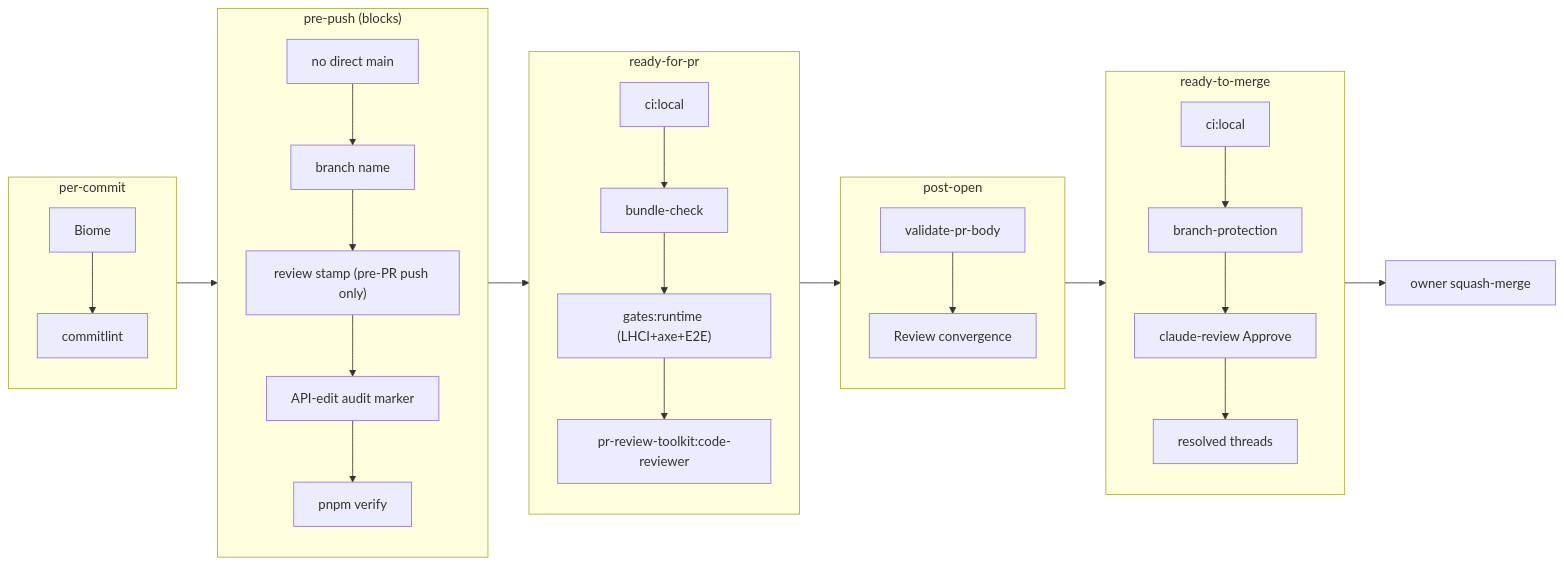
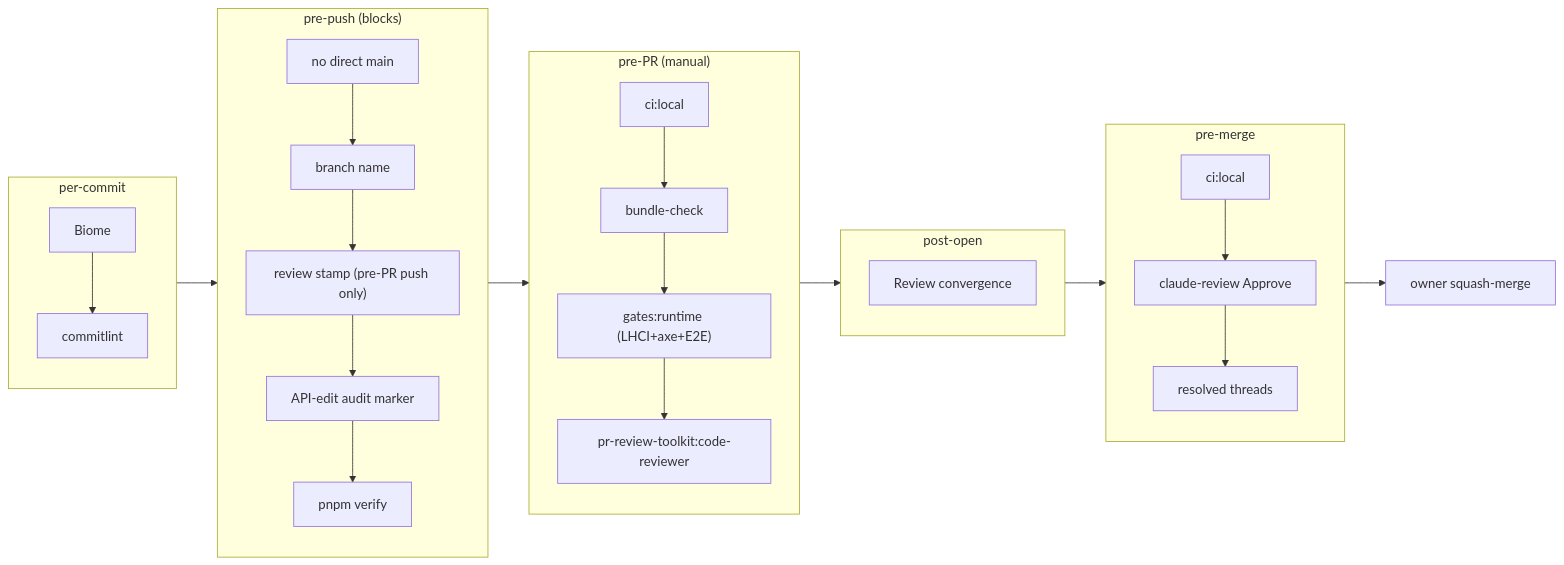
Before and after one commit to erikunha/portfolio: the second of 2 diagrams in docs/handbook/development-lifecycle.md, drawn with Mermaid. The commit also changed other lines of this file and 24 other files, not shown here.

First line of the commit message:
chore(harness): delete the bespoke PR-gate wrappers and the mermaid syntax check

````diff
--- a/docs/handbook/development-lifecycle.md
+++ b/docs/handbook/development-lifecycle.md
@@ -69,19 +69,19 @@
 ```mermaid
 flowchart LR
     subgraph commit["per-commit"]
         g1["Biome"] --> g2["commitlint"]
     end
     subgraph prepush["pre-push (blocks)"]
         g3["no direct main"] --> g4["branch name"] --> g5["review stamp (pre-PR push only)"] --> g6["API-edit audit marker"] --> g7["pnpm verify"]
     end
-    subgraph prepr["ready-for-pr"]
+    subgraph prepr["pre-PR (manual)"]
         g8["ci:local"] --> g9["bundle-check"] --> g11["gates:runtime (LHCI+axe+E2E)"] --> g12["pr-review-toolkit:code-reviewer"]
     end
     subgraph open["post-open"]
-        g13["validate-pr-body"] --> g14["Review convergence"]
+        g13["Review convergence"]
     end
-    subgraph premerge["ready-to-merge"]
-        g15["ci:local"] --> g16["branch-protection"] --> g17["claude-review Approve"] --> g18["resolved threads"]
+    subgraph premerge["pre-merge"]
+        g15["ci:local"] --> g17["claude-review Approve"] --> g18["resolved threads"]
     end
     commit --> prepush --> prepr --> open --> premerge --> merge["owner squash-merge"]
 ```
````
